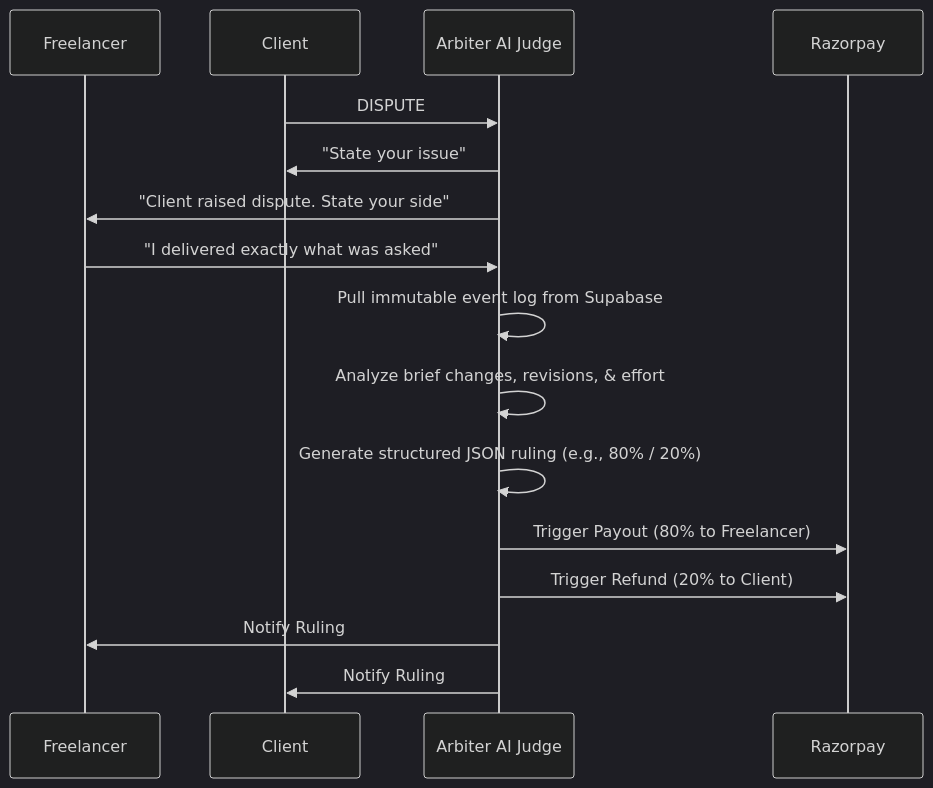
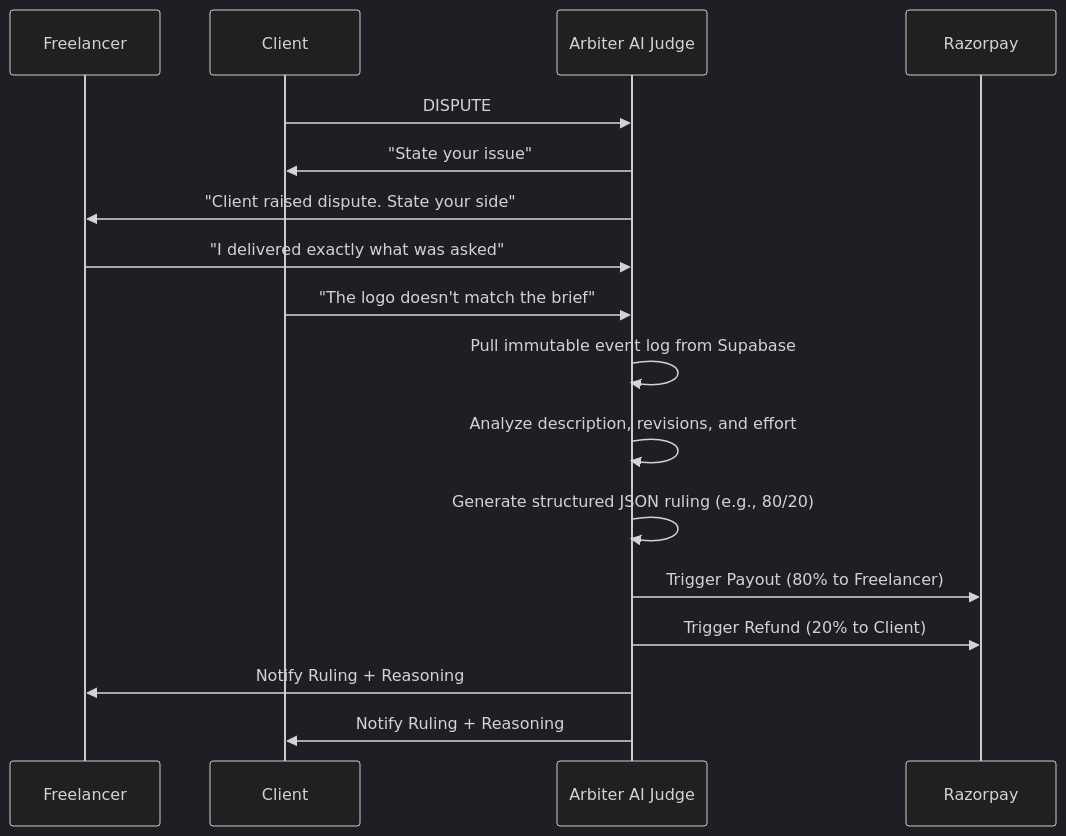
Before and after one commit to its-ashutosh-pathak/Arbiter: the fifth of 7 diagrams in README.md, drawn with Mermaid (dark theme). The commit also changed other lines of this file and 1 other file, not shown here.

Commit message:
docs: overhaul README with Green API architecture, updated Mermaid charts, 5-step contract wizard, and in-place editing flow

````diff
--- a/README.md
+++ b/README.md
@@ -72,19 +119,20 @@
 ```mermaid
 sequenceDiagram
     participant F as Freelancer
     participant C as Client
     participant A as Arbiter AI Judge
     participant R as Razorpay
-    
+
     C->>A: DISPUTE
     A->>C: "State your issue"
     A->>F: "Client raised dispute. State your side"
     F->>A: "I delivered exactly what was asked"
+    C->>A: "The logo doesn't match the brief"
     A->>A: Pull immutable event log from Supabase
-    A->>A: Analyze brief changes, revisions, & effort
-    A->>A: Generate structured JSON ruling (e.g., 80% / 20%)
+    A->>A: Analyze description, revisions, and effort
+    A->>A: Generate structured JSON ruling (e.g., 80/20)
     A->>R: Trigger Payout (80% to Freelancer)
     A->>R: Trigger Refund (20% to Client)
-    A->>F: Notify Ruling
-    A->>C: Notify Ruling
+    A->>F: Notify Ruling + Reasoning
+    A->>C: Notify Ruling + Reasoning
 ```
````
